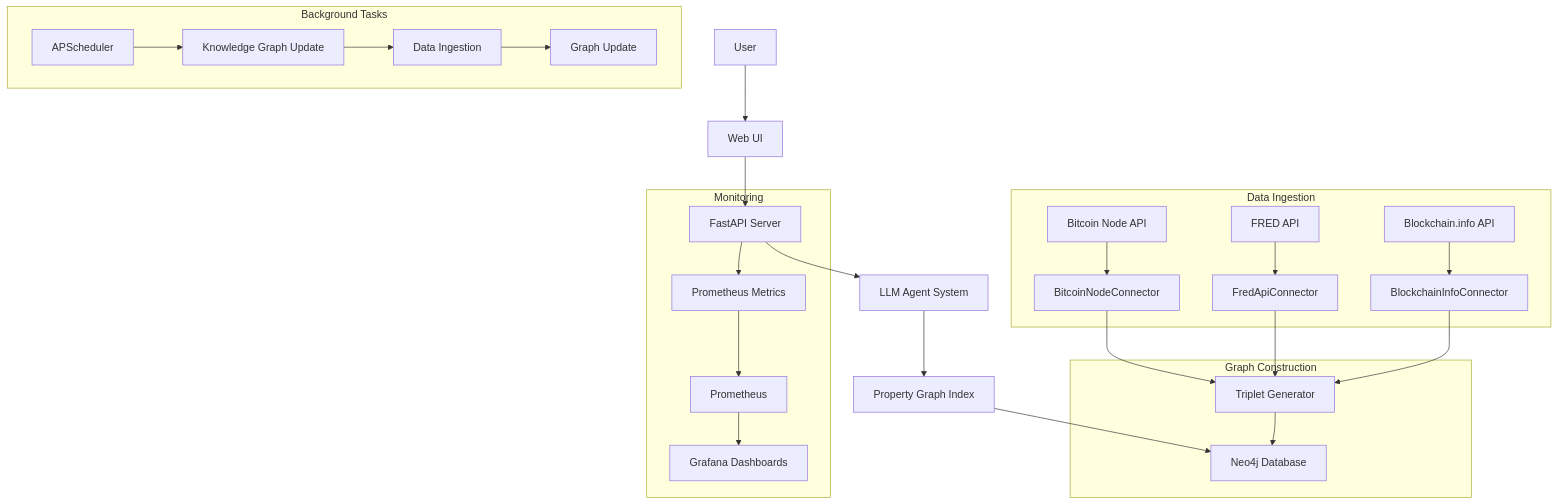
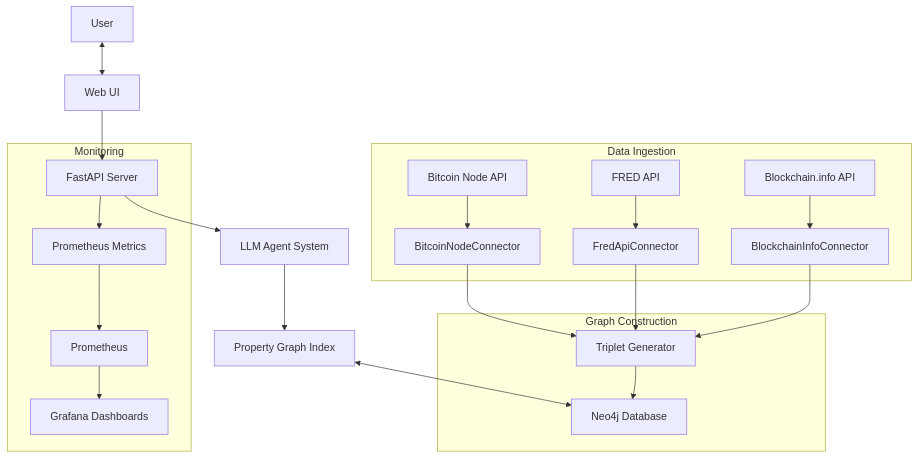
Before and after one commit to causify-ai/tutorials: the seventh of 7 diagrams in DATA605/Spring2025/projects/TutorTask130_Spring2025_Enterprise-Scale_Bitcoin_Data_Knowledge_Graph_with_LlamaIndex/llamaindex.example.md, drawn with Mermaid. The commit also changed other lines of this file and 3 other files, not shown here.

````diff
--- a/DATA605/Spring2025/projects/TutorTask130_Spring2025_Enterprise-Scale_Bitcoin_Data_Knowledge_Graph_with_LlamaIndex/llamaindex.example.md
+++ b/DATA605/Spring2025/projects/TutorTask130_Spring2025_Enterprise-Scale_Bitcoin_Data_Knowledge_Graph_with_LlamaIndex/llamaindex.example.md
@@ -388,33 +338,27 @@
 ```mermaid
 flowchart TD
-    User[User] --> WebUI[Web UI]
+    User[User] <--> WebUI[Web UI]
     WebUI --> FastAPI[FastAPI Server]
     FastAPI --> LLMAgents[LLM Agent System]
     LLMAgents --> PropertyGraphIndex[Property Graph Index]
-    PropertyGraphIndex --> Neo4j[Neo4j Database]
+    PropertyGraphIndex <--> Neo4j[Neo4j Database]
     
     subgraph "Data Ingestion"
     BitcoinNode[Bitcoin Node API] --> Connector1[BitcoinNodeConnector]
     FRED[FRED API] --> Connector2[FredApiConnector]
     BlockchainInfo[Blockchain.info API] --> Connector3[BlockchainInfoConnector]
     end
     
     subgraph "Graph Construction"
     Connector1 --> TripletGenerator[Triplet Generator]
     Connector2 --> TripletGenerator
     Connector3 --> TripletGenerator
     TripletGenerator --> Neo4j
     end
     
     subgraph "Monitoring"
     FastAPI --> Metrics[Prometheus Metrics]
     Metrics --> Prometheus[Prometheus]
     Prometheus --> Grafana[Grafana Dashboards]
     end
-    
-    subgraph "Background Tasks"
-    Scheduler[APScheduler] --> Update[Knowledge Graph Update]
-    Update --> DataIngestion[Data Ingestion]
-    DataIngestion --> GraphUpdate[Graph Update]
-    end
 ```
````
